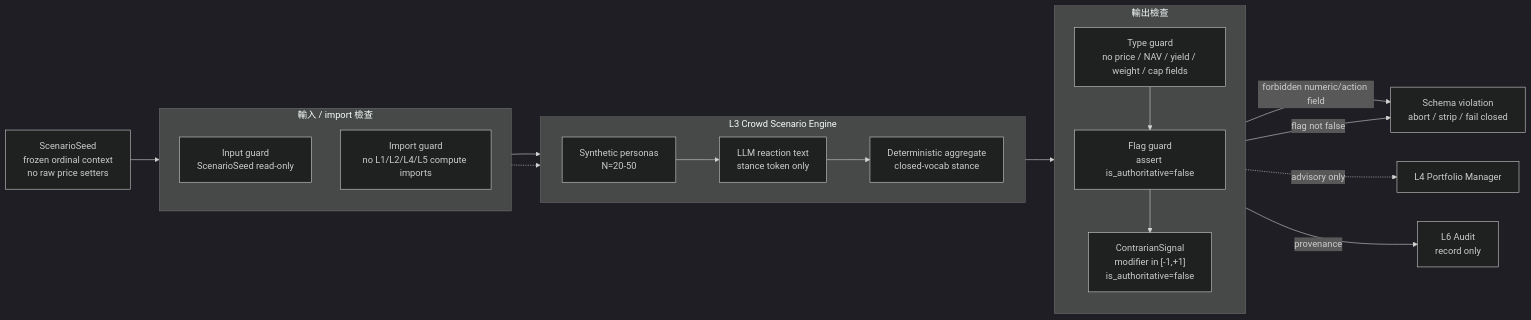
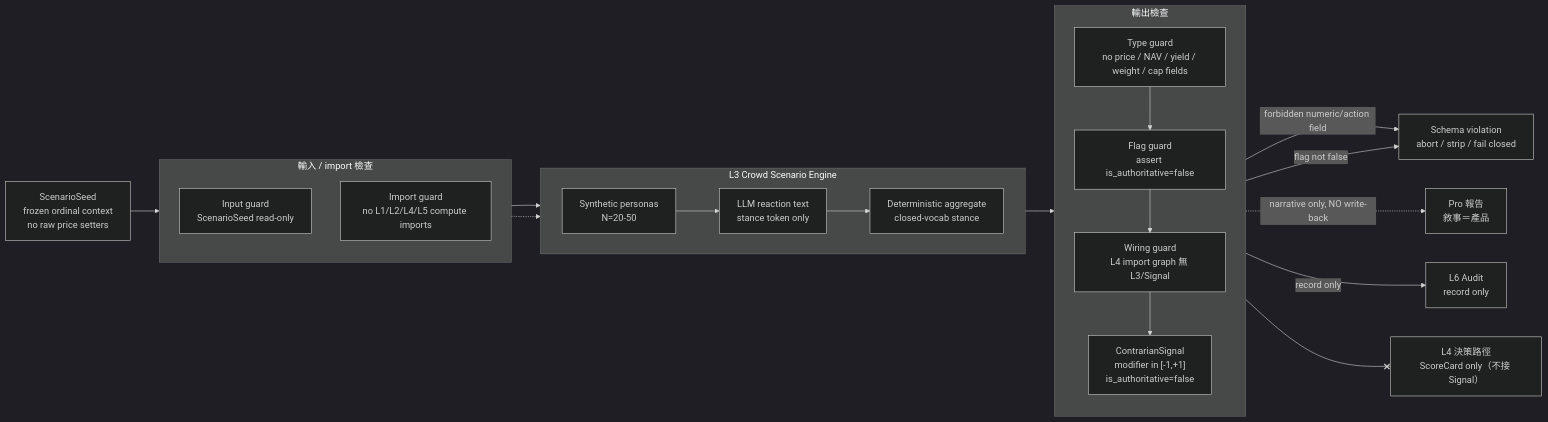
The fourth of 10 diagrams in doc/StackFund_架構分析_Mermaid.md (Silavater/stack_fund_agent), drawn with Mermaid (dark theme) before and after one commit. The commit also changed other lines of this file and 1 other file, not shown here.

First line of the commit message:
Adopt FACE narrative-only sidecar (v3.1): crowd layer no longer writes back to L4

````diff
--- a/doc/StackFund_架構分析_Mermaid.md
+++ b/doc/StackFund_架構分析_Mermaid.md
@@ -193,38 +191,41 @@
 ```mermaid
 flowchart LR
     Seed["ScenarioSeed<br/>frozen ordinal context<br/>no raw price setters"]
 
     subgraph InputChecks["輸入 / import 檢查"]
         direction TB
         InputGuard["Input guard<br/>ScenarioSeed read-only"]
         ImportGuard["Import guard<br/>no L1/L2/L4/L5 compute imports"]
     end
 
     subgraph CrowdLayer["L3 Crowd Scenario Engine"]
         direction LR
         Personas["Synthetic personas<br/>N=20-50"]
         Reaction["LLM reaction text<br/>stance token only"]
         Aggregate["Deterministic aggregate<br/>closed-vocab stance"]
         Personas --> Reaction --> Aggregate
     end
 
     subgraph OutputChecks["輸出檢查"]
         direction TB
         TypeGuard["Type guard<br/>no price / NAV / yield / weight / cap fields"]
         FlagGuard["Flag guard<br/>assert is_authoritative=false"]
+        WireGuard["Wiring guard<br/>L4 import graph 無 L3/Signal"]
         Signal["ContrarianSignal<br/>modifier in [-1,+1]<br/>is_authoritative=false"]
-        TypeGuard --> FlagGuard --> Signal
+        TypeGuard --> FlagGuard --> WireGuard --> Signal
     end
 
-    PM["L4 Portfolio Manager"]
+    ProReport["Pro 報告<br/>敘事＝產品"]
+    L4Decision["L4 決策路徑<br/>ScoreCard only（不接 Signal）"]
     Audit["L6 Audit<br/>record only"]
     Reject["Schema violation<br/>abort / strip / fail closed"]
 
     Seed --> InputGuard --> Personas
     ImportGuard -.-> Personas
     Aggregate --> TypeGuard
     TypeGuard -->|"forbidden numeric/action field"| Reject
     FlagGuard -->|"flag not false"| Reject
-    Signal -.->|"advisory only"| PM
-    Signal -->|"provenance"| Audit
+    Signal -.->|"narrative only, NO write-back"| ProReport
+    Signal -->|"record only"| Audit
+    WireGuard --x L4Decision
 ```
````
